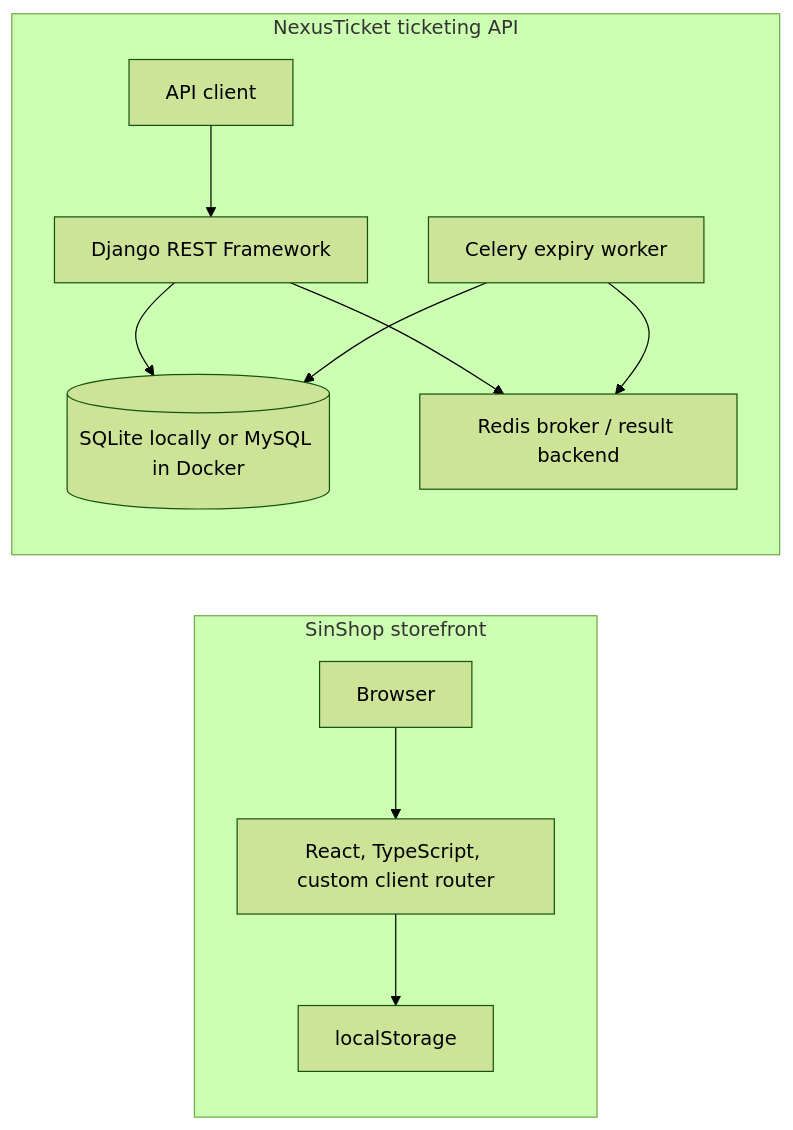
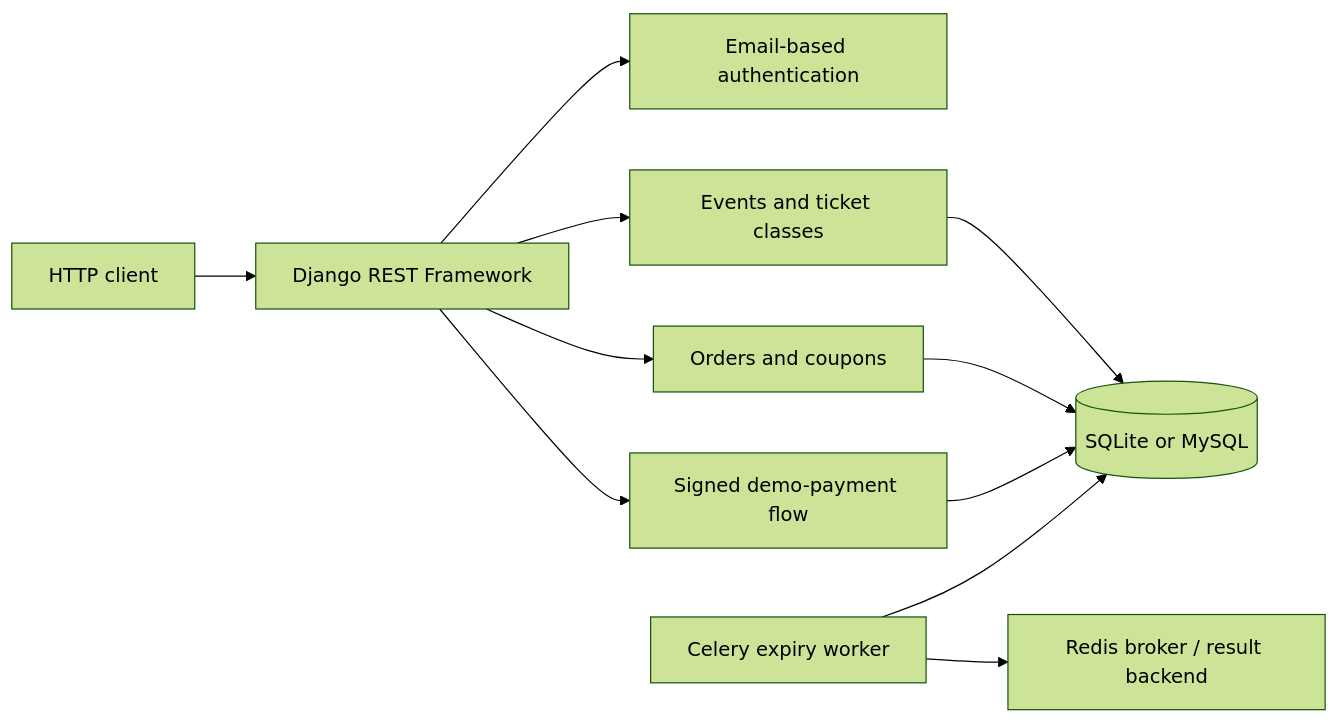
The diagram in docs/ARCHITECTURE.md (sinajokarr/NexusTicket), drawn with Mermaid (forest theme) before and after one commit. The commit also changed other lines of this file and 4 other files, not shown here.

Commit message:
docs: focus NexusTicket documentation on the API

````diff
--- a/docs/ARCHITECTURE.md
+++ b/docs/ARCHITECTURE.md
@@ -12,15 +7,13 @@
 ```mermaid
 flowchart LR
-  subgraph Storefront[SinShop storefront]
-    Browser[Browser] --> React[React, TypeScript, custom client router]
-    React --> Storage[localStorage]
-  end
-
-  subgraph API[NexusTicket ticketing API]
-    Client[API client] --> DRF[Django REST Framework]
-    DRF --> Database[(SQLite locally or MySQL in Docker)]
-    DRF --> Redis[Redis broker / result backend]
-    Worker[Celery expiry worker] --> Redis
-    Worker --> Database
-  end
+  Client[HTTP client] --> DRF[Django REST Framework]
+  DRF --> Auth[Email-based authentication]
+  DRF --> Events[Events and ticket classes]
+  DRF --> Orders[Orders and coupons]
+  DRF --> Payments[Signed demo-payment flow]
+  Events --> Database[(SQLite or MySQL)]
+  Orders --> Database
+  Payments --> Database
+  Celery[Celery expiry worker] --> Redis[Redis broker / result backend]
+  Celery --> Database
 ```
````
